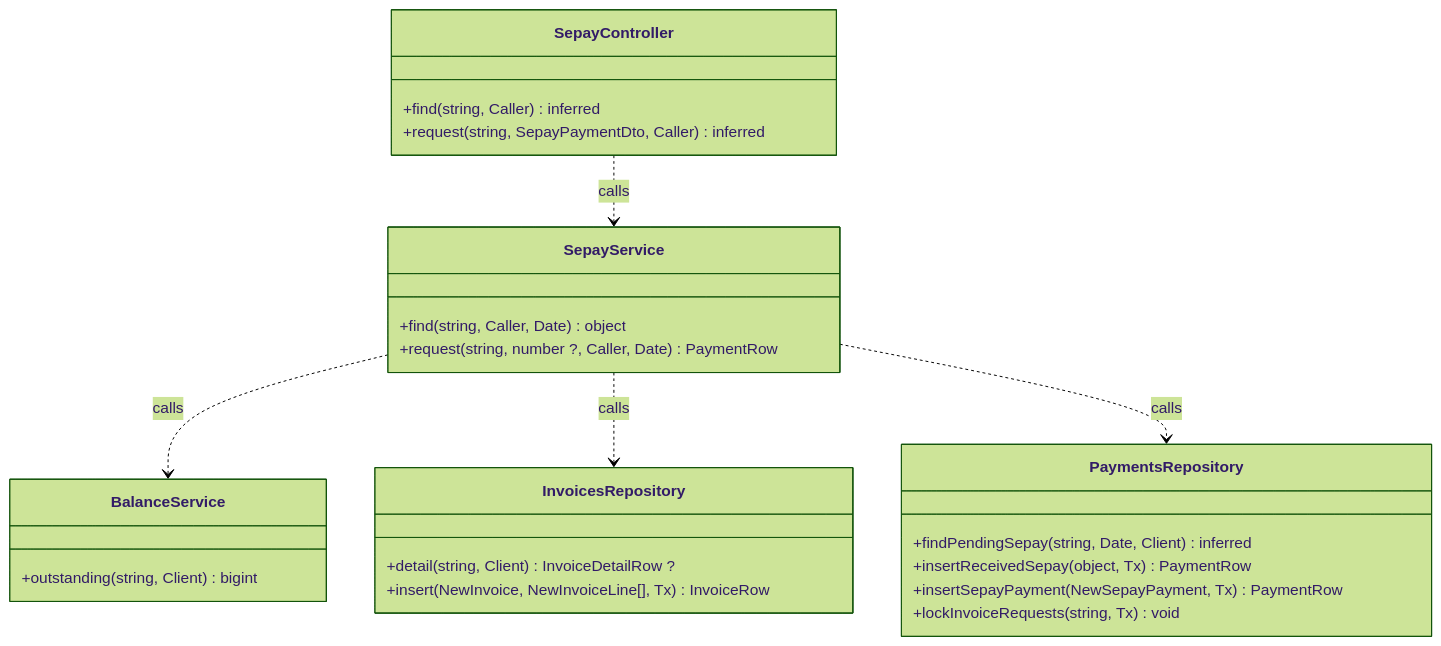
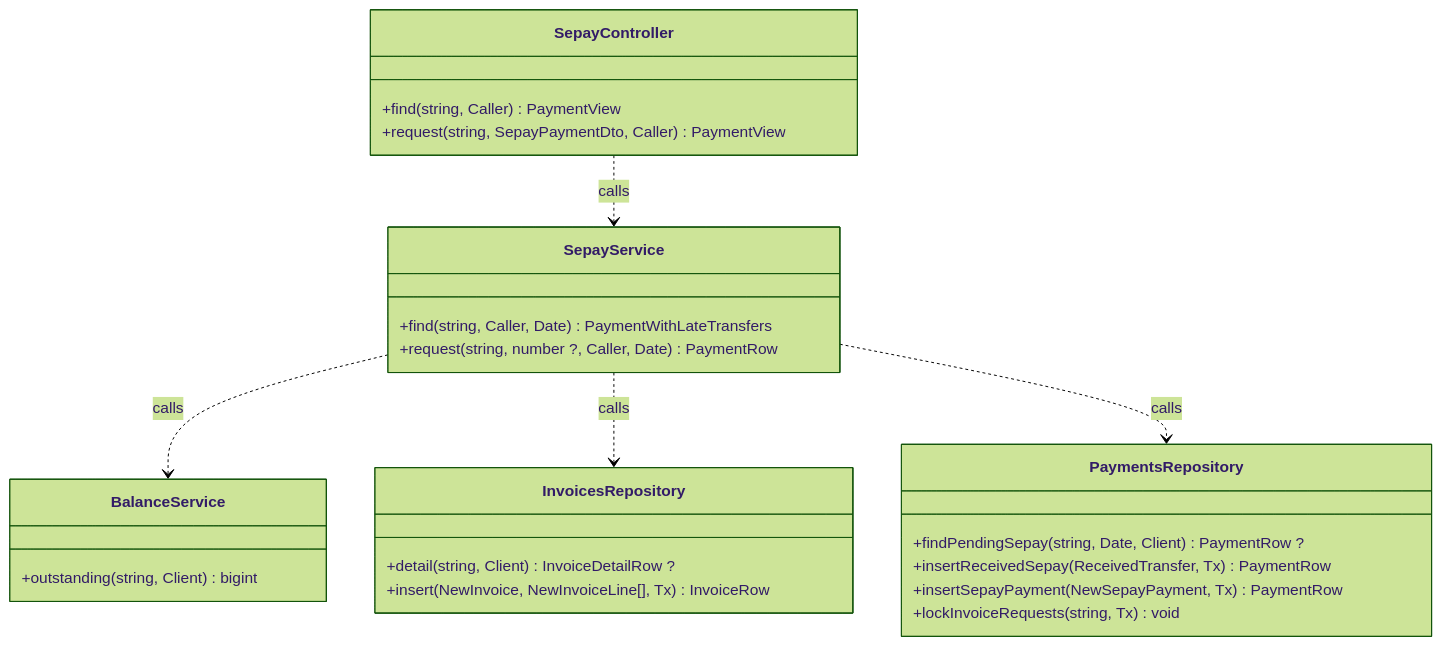
Before and after one commit to TrekLink-Team/treklink-web: the fourth of 17 diagrams in specs/billing/design.md, drawn with Mermaid (forest theme). The commit also changed other lines of this file and 2 other files, not shown here.

````diff
--- a/specs/billing/design.md
+++ b/specs/billing/design.md
@@ -223,29 +223,29 @@
 ```mermaid
 classDiagram
     direction TB
     class SepayController {
-        +find(string, Caller) inferred
-        +request(string, SepayPaymentDto, Caller) inferred
+        +find(string, Caller) PaymentView
+        +request(string, SepayPaymentDto, Caller) PaymentView
     }
     class SepayService {
-        +find(string, Caller, Date) object
+        +find(string, Caller, Date) PaymentWithLateTransfers
         +request(string, number ?, Caller, Date) PaymentRow
     }
     class BalanceService {
         +outstanding(string, Client) bigint
     }
     class InvoicesRepository {
         +detail(string, Client) InvoiceDetailRow ?
         +insert(NewInvoice, NewInvoiceLine[], Tx) InvoiceRow
     }
     class PaymentsRepository {
-        +findPendingSepay(string, Date, Client) inferred
-        +insertReceivedSepay(object, Tx) PaymentRow
+        +findPendingSepay(string, Date, Client) PaymentRow ?
+        +insertReceivedSepay(ReceivedTransfer, Tx) PaymentRow
         +insertSepayPayment(NewSepayPayment, Tx) PaymentRow
         +lockInvoiceRequests(string, Tx) void
     }
     SepayController ..> SepayService : calls
     SepayService ..> BalanceService : calls
     SepayService ..> InvoicesRepository : calls
     SepayService ..> PaymentsRepository : calls
 ```
````
